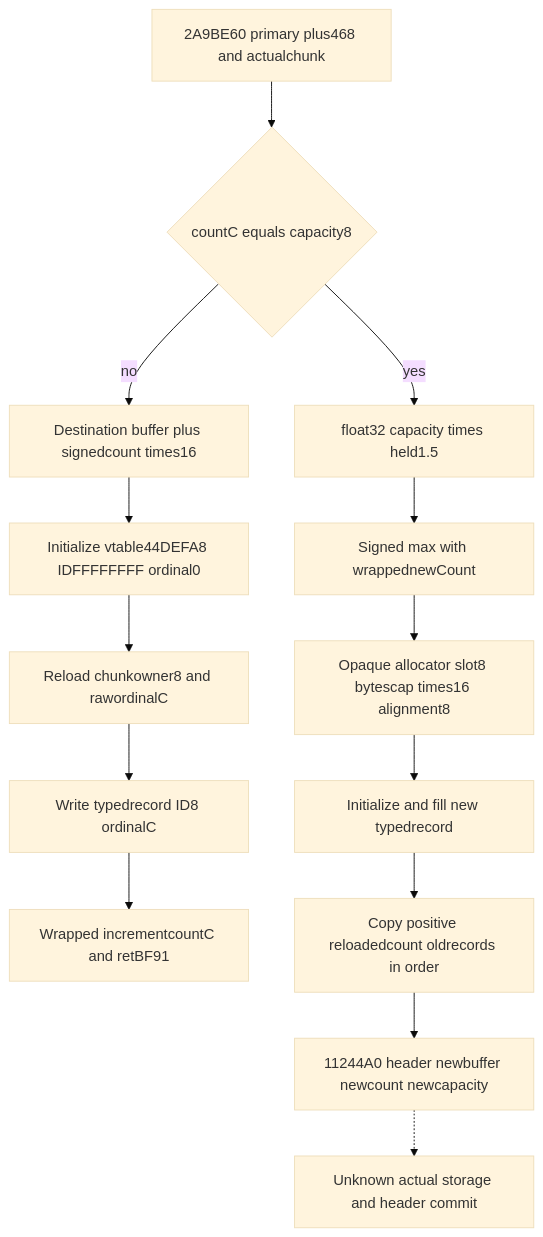
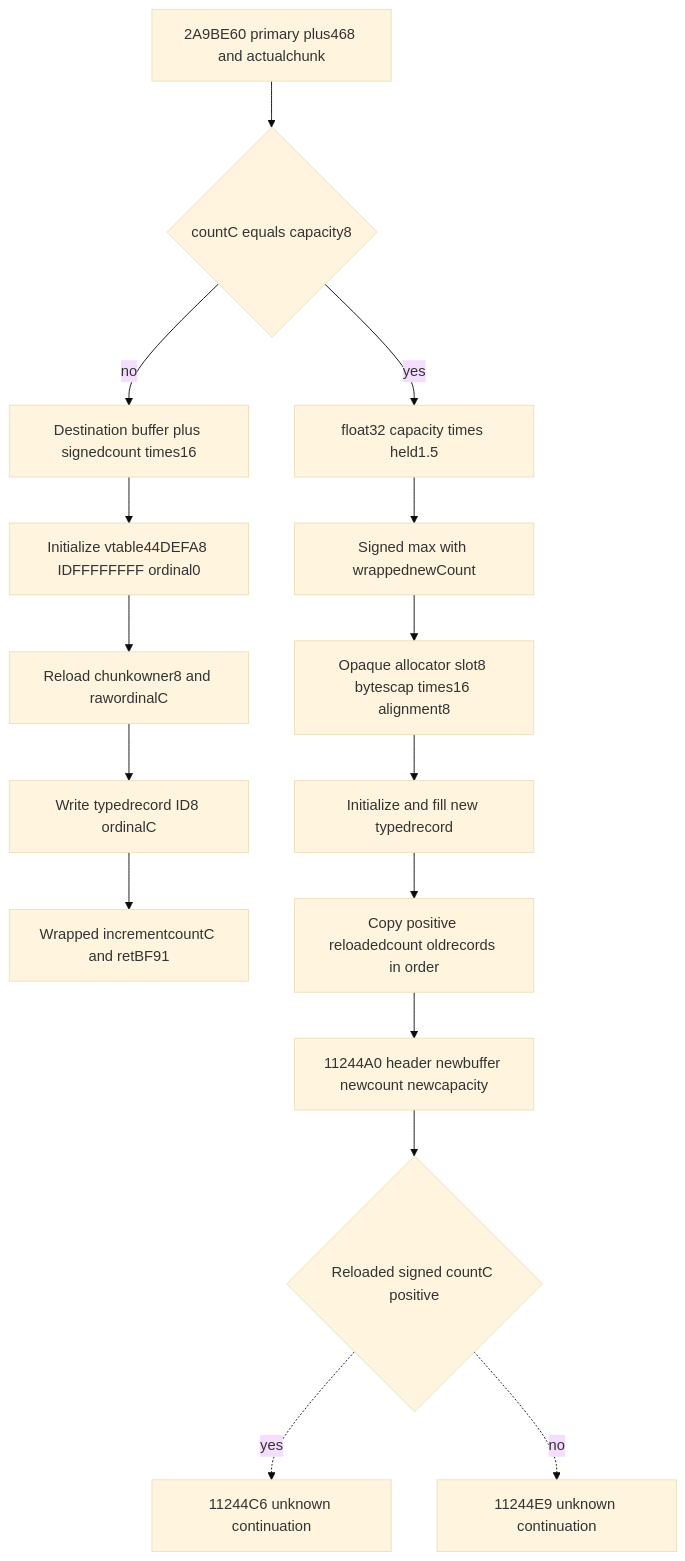
Before and after one commit to XenoAmess/ck3_eternal_recurrence: the fifth of 5 diagrams in docs/ck3-native-ai/army-detachment-date-pending-inputs-12003.md, drawn with Mermaid (base theme). The commit also changed other lines of this file, not shown here.

Commit message:
Record actual pending storage continuation edges

````diff
--- a/docs/ck3-native-ai/army-detachment-date-pending-inputs-12003.md
+++ b/docs/ck3-native-ai/army-detachment-date-pending-inputs-12003.md
@@ -267,16 +267,18 @@
 ```mermaid
 flowchart TD
     P[2A9BE60 primary plus468 and actualchunk] --> C{countC equals capacity8}
     C -->|no| D[Destination buffer plus signedcount times16]
     D --> I[Initialize vtable44DEFA8 IDFFFFFFFF ordinal0]
     I --> R[Reload chunkowner8 and rawordinalC]
     R --> W[Write typedrecord ID8 ordinalC]
     W --> N[Wrapped incrementcountC and retBF91]
     C -->|yes| F[float32 capacity times held1.5]
     F --> M[Signed max with wrappednewCount]
     M --> A[Opaque allocator slot8 bytescap times16 alignment8]
     A --> S[Initialize and fill new typedrecord]
     S --> CP[Copy positive reloadedcount oldrecords in order]
     CP --> T[11244A0 header newbuffer newcount newcapacity]
-    T -.-> U[Unknown actual storage and header commit]
+    T --> SC{Reloaded signed countC positive}
+    SC -.->|yes| UC[11244C6 unknown continuation]
+    SC -.->|no| UE[11244E9 unknown continuation]
 ```
````
